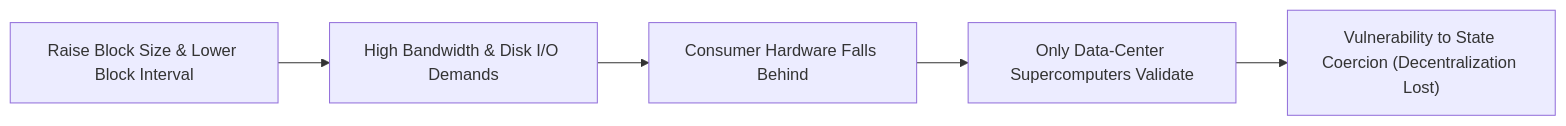
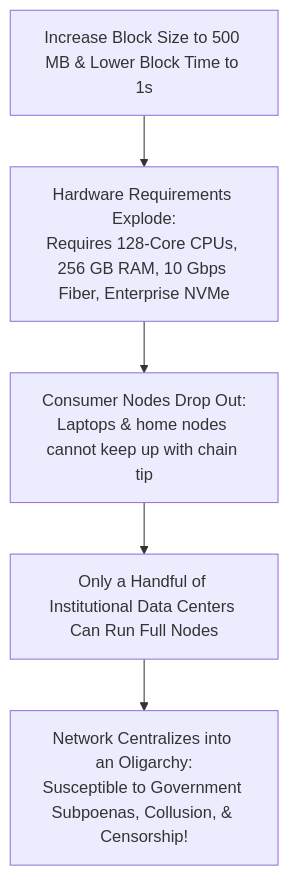
The third of 5 diagrams in docs/learn/fundamentals/06-scalability-and-security/01-blockchain-trilemma.md (ub-society/modules), drawn with Mermaid before and after one commit. The commit also changed other lines of this file and 4 other files, not shown here.

````diff
--- a/docs/learn/fundamentals/06-scalability-and-security/01-blockchain-trilemma.md
+++ b/docs/learn/fundamentals/06-scalability-and-security/01-blockchain-trilemma.md
@@ -50,7 +73,7 @@
 ```mermaid
-flowchart LR
-    HighThroughput["Raise Block Size & Lower Block Interval"] --> Bandwidth["High Bandwidth & Disk I/O Demands"]
-    Bandwidth --> Hardware["Consumer Hardware Falls Behind"]
-    Hardware --> Centralization["Only Data-Center Supercomputers Validate"]
-    Centralization --> Fragile["Vulnerability to State Coercion (Decentralization Lost)"]
+flowchart TD
+    NaiveScale["Increase Block Size to 500 MB & Lower Block Time to 1s"] --> HighHardware["Hardware Requirements Explode:<br/>Requires 128-Core CPUs, 256 GB RAM, 10 Gbps Fiber, Enterprise NVMe"]
+    HighHardware --> DropOut["Consumer Nodes Drop Out:<br/>Laptops & home nodes cannot keep up with chain tip"]
+    DropOut --> Oligarchy["Only a Handful of Institutional Data Centers Can Run Full Nodes"]
+    Oligarchy --> Cartel["Network Centralizes into an Oligarchy:<br/>Susceptible to Government Subpoenas, Collusion, & Censorship!"]
 ```
````
